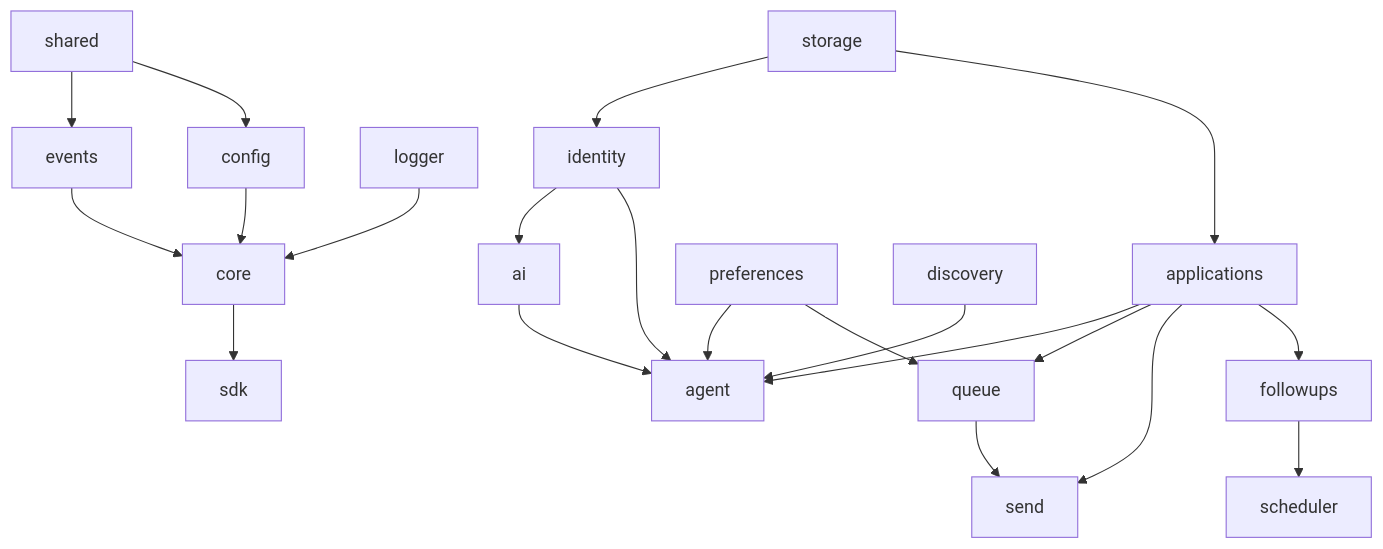
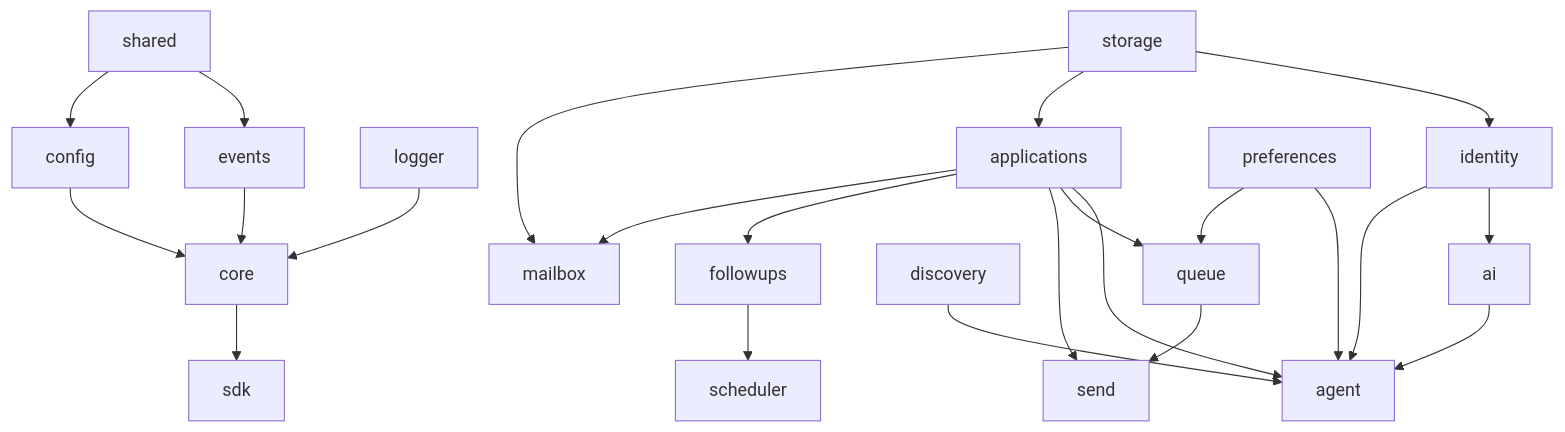
The diagram in docs/architecture/PACKAGE_BOUNDARIES.md (ammar-tariq/jobjitsu), drawn with Mermaid before and after one commit. The commit also changed other lines of this file and 67 other files, not shown here.

````diff
--- a/docs/architecture/PACKAGE_BOUNDARIES.md
+++ b/docs/architecture/PACKAGE_BOUNDARIES.md
@@ -201,23 +201,25 @@
 ```mermaid
 flowchart TB
   shared --> events
   shared --> config
   events --> core
   config --> core
   logger --> core
   core --> sdk
   storage --> identity
   storage --> applications
   identity --> ai
   identity --> agent
   preferences --> agent
   preferences --> queue
   discovery --> agent
   applications --> agent
   applications --> queue
   applications --> send
   applications --> followups
+  applications --> mailbox
   queue --> send
   ai --> agent
   followups --> scheduler
+  storage --> mailbox
 ```
````
